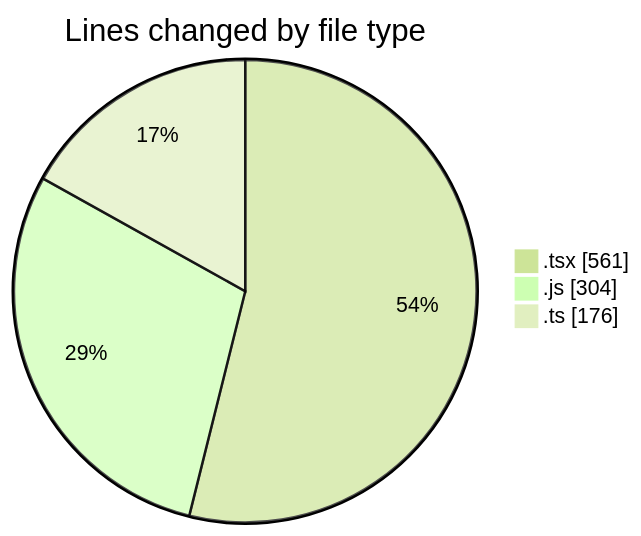
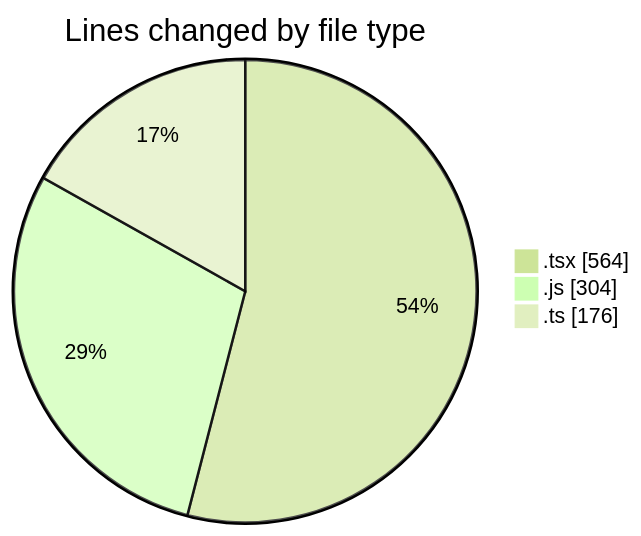
Before and after one commit to momahboobian/code-tracking: the first of 2 diagrams in 2025-02-26/cda/README.md, drawn with Mermaid (forest theme). The commit also changed other lines of this file and 1 other file, not shown here.

````diff
--- a/2025-02-26/cda/README.md
+++ b/2025-02-26/cda/README.md
@@ -30,7 +30,7 @@
 ```mermaid
 pie showData
 title Lines changed by file type
-".tsx" : 561
+".tsx" : 564
 ".js" : 304
 ".ts" : 176
 ```
````
